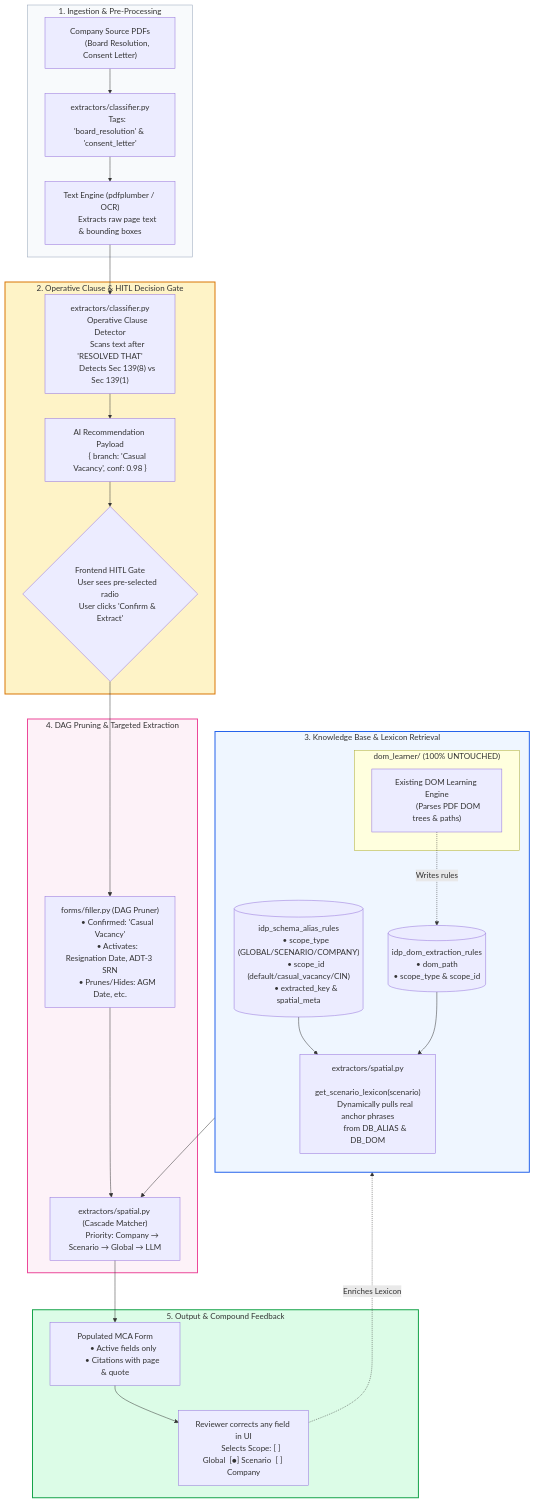
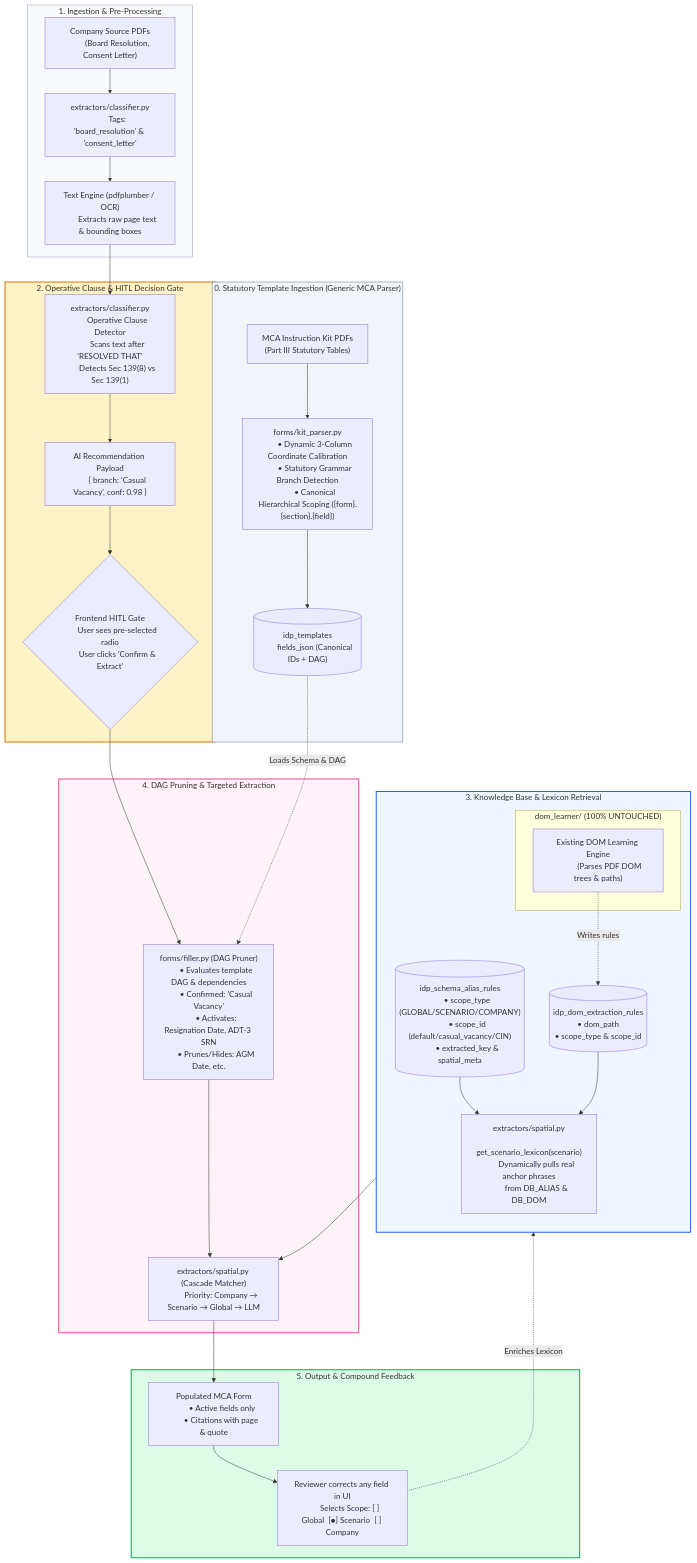
Before and after one commit to vidit-arca/FLA: the second of 10 diagrams in document/idp-module/Hld/HLD_IDP_Studio_Multi_Tenant.md, drawn with Mermaid. The commit also changed other lines of this file and 14 other files, not shown here.

````diff
--- a/document/idp-module/Hld/HLD_IDP_Studio_Multi_Tenant.md
+++ b/document/idp-module/Hld/HLD_IDP_Studio_Multi_Tenant.md
@@ -241,5 +241,18 @@
 ```mermaid
 flowchart TB
+    %% STATUTORY INGESTION SUBGRAPH
+    subgraph S0["0. Statutory Template Ingestion (Generic MCA Parser)"]
+        KIT["MCA Instruction Kit PDFs
+        (Part III Statutory Tables)"]
+        KPARSER["forms/kit_parser.py
+        • Dynamic 3-Column Coordinate Calibration
+        • Statutory Grammar Branch Detection
+        • Canonical Hierarchical Scoping ({form}.{section}.{field})"]
+        DB_TMPL[("idp_templates
+        fields_json (Canonical IDs + DAG)")]
+        KIT --> KPARSER --> DB_TMPL
+    end
+
     %% DOCUMENT INGESTION
     subgraph S1["1. Ingestion & Pre-Processing"]
         DOCS["Company Source PDFs
@@ -295,6 +308,7 @@
     %% DAG PRUNING & EXTRACTION
     subgraph S4["4. DAG Pruning & Targeted Extraction"]
         DAG["forms/filler.py (DAG Pruner)
+        • Evaluates template DAG & dependencies
         • Confirmed: 'Casual Vacancy'
         • Activates: Resignation Date, ADT-3 SRN
         • Prunes/Hides: AGM Date, etc."]
@@ -303,6 +317,7 @@
         Priority: Company → Scenario → Global → LLM"]
         
         HITL --> DAG
+        DB_TMPL -.->|"Loads Schema & DAG"| DAG
         LEXICON --> CASCADE
         DAG --> CASCADE
     end
@@ -320,12 +335,14 @@
         FEEDBACK -.->|"Enriches Lexicon"| DB_ALIAS
     end
 
+    classDef s0 fill:#f1f5f9,stroke:#64748b,stroke-width:1px;
     classDef s1 fill:#f8fafc,stroke:#94a3b8,stroke-width:1px;
     classDef s2 fill:#fef3c7,stroke:#d97706,stroke-width:2px;
     classDef s3 fill:#eff6ff,stroke:#2563eb,stroke-width:2px;
     classDef s4 fill:#fdf2f8,stroke:#ec4899,stroke-width:2px;
     classDef s5 fill:#dcfce7,stroke:#16a34a,stroke-width:2px;
 
+    class S0 s0;
     class S1 s1;
     class S2 s2;
     class S3 s3;
````
